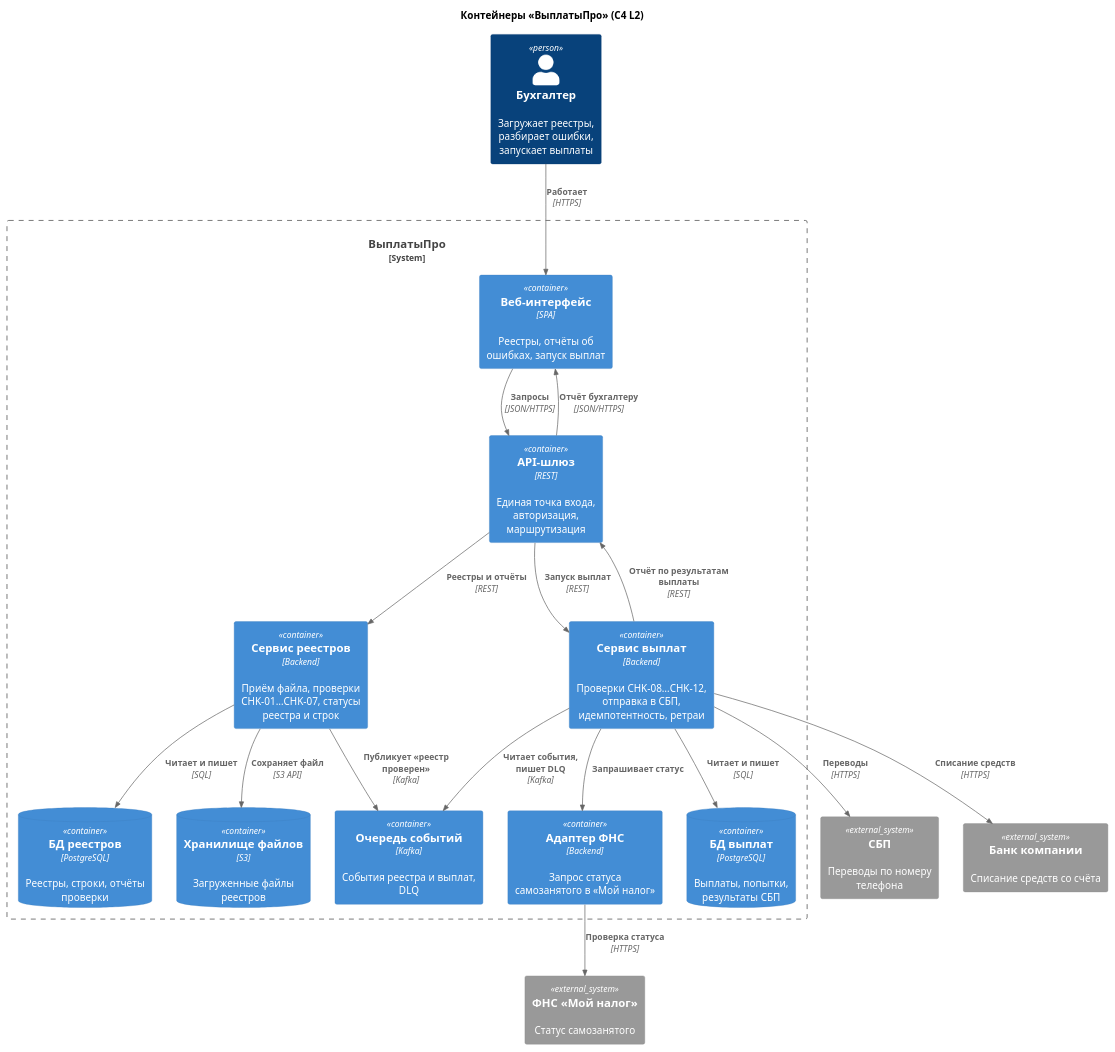
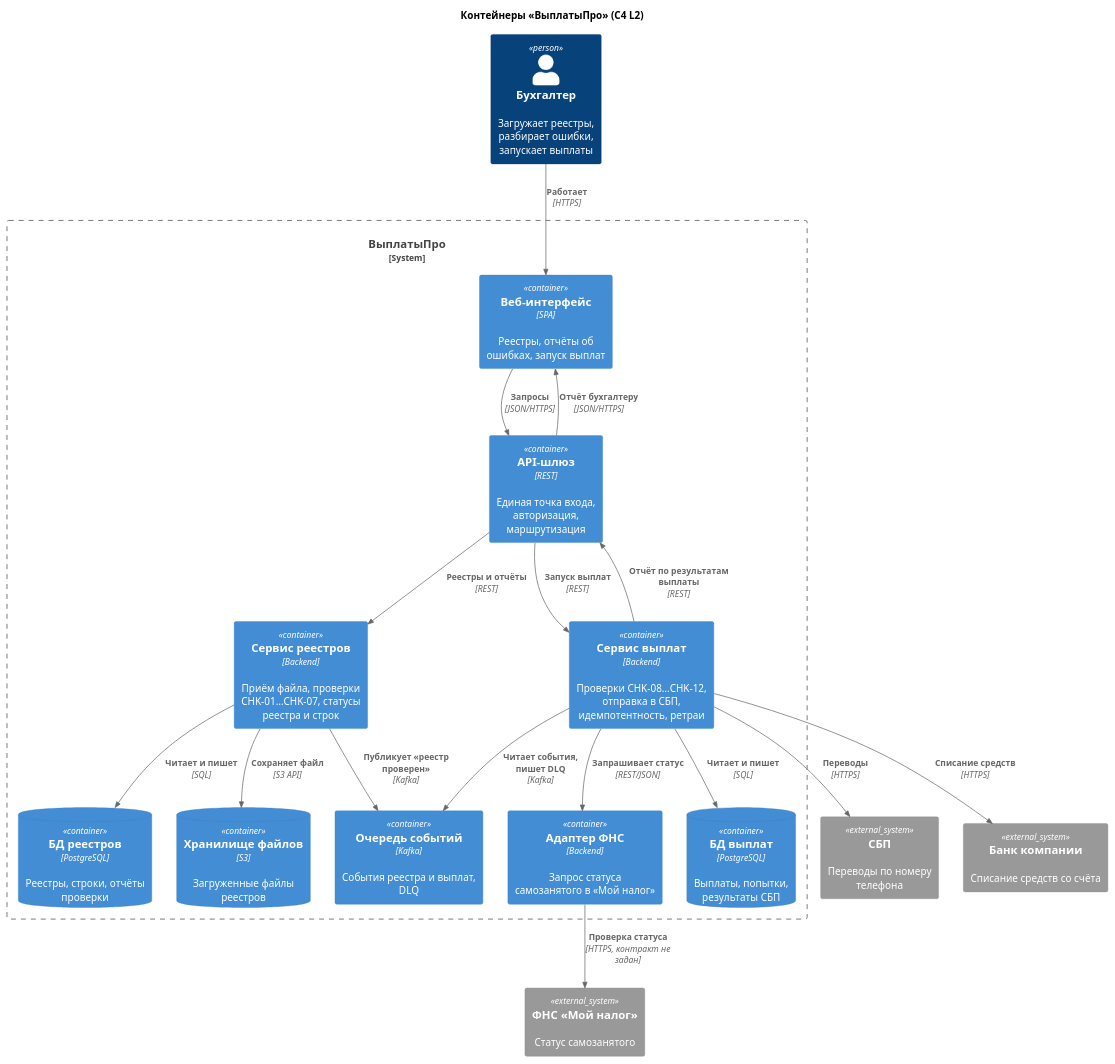
The diagram in artifacts/c4-container.md (Antipindima1/722), drawn with PlantUML before and after one commit. The commit also changed other lines of this file, not shown here.

Commit message:
docs(c4): add protocol for FNS adapter and interactions table

````diff
--- a/artifacts/c4-container.md
+++ b/artifacts/c4-container.md
@@ -21,42 +21,42 @@
 ```plantuml
 @startuml
 !include <C4/C4_Container>
 
 title Контейнеры «ВыплатыПро» (C4 L2)
 
 Person(accountant, "Бухгалтер", "Загружает реестры, разбирает ошибки, запускает выплаты")
 
 System_Boundary(s, "ВыплатыПро") {
   Container(web, "Веб-интерфейс", "SPA", "Реестры, отчёты об ошибках, запуск выплат")
   Container(api, "API-шлюз", "REST", "Единая точка входа, авторизация, маршрутизация")
   Container(registry, "Сервис реестров", "Backend", "Приём файла, проверки CHK-01…CHK-07, статусы реестра и строк")
   Container(payout, "Сервис выплат", "Backend", "Проверки CHK-08…CHK-12, отправка в СБП, идемпотентность, ретраи")
   Container(fns, "Адаптер ФНС", "Backend", "Запрос статуса самозанятого в «Мой налог»")
   Container(queue, "Очередь событий", "Kafka", "События реестра и выплат, DLQ")
   ContainerDb(dbReg, "БД реестров", "PostgreSQL", "Реестры, строки, отчёты проверки")
   ContainerDb(dbPay, "БД выплат", "PostgreSQL", "Выплаты, попытки, результаты СБП")
   ContainerDb(storage, "Хранилище файлов", "S3", "Загруженные файлы реестров")
 }
 
 System_Ext(fnsExt, "ФНС «Мой налог»", "Статус самозанятого")
 System_Ext(sbp, "СБП", "Переводы по номеру телефона")
 System_Ext(bank, "Банк компании", "Списание средств со счёта")
 
 Rel(accountant, web, "Работает", "HTTPS")
 Rel(web, api, "Запросы", "JSON/HTTPS")
 Rel(api, registry, "Реестры и отчёты", "REST")
 Rel(api, payout, "Запуск выплат", "REST")
 Rel(registry, storage, "Сохраняет файл", "S3 API")
 Rel(registry, dbReg, "Читает и пишет", "SQL")
 Rel(registry, queue, "Публикует «реестр проверен»", "Kafka")
 Rel(payout, queue, "Читает события, пишет DLQ", "Kafka")
 Rel(payout, dbPay, "Читает и пишет", "SQL")
 Rel(payout, api, "Отчёт по результатам выплаты", "REST")
 Rel(api, web, "Отчёт бухгалтеру", "JSON/HTTPS")
-Rel(payout, fns, "Запрашивает статус")
-Rel(fns, fnsExt, "Проверка статуса", "HTTPS")
+Rel(payout, fns, "Запрашивает статус", "REST/JSON")
+Rel(fns, fnsExt, "Проверка статуса", "HTTPS, контракт не задан")
 Rel(payout, sbp, "Переводы", "HTTPS")
 Rel(payout, bank, "Списание средств", "HTTPS")
 
 @enduml
 ```
````
